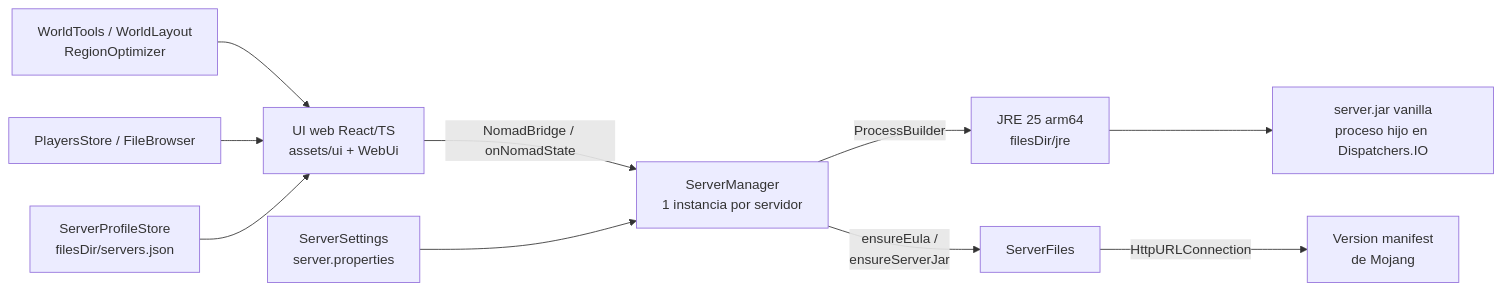
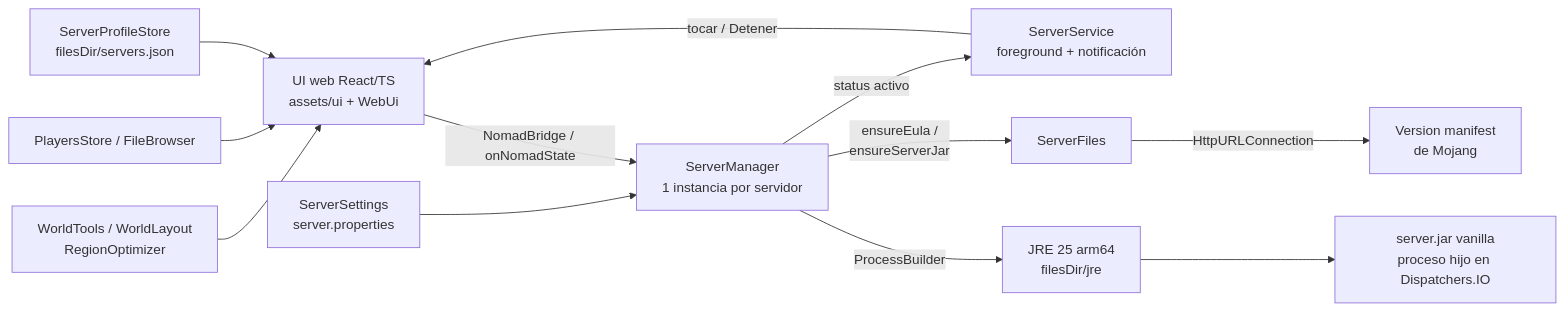
The diagram in README.md (elJulioDev/NomadServer), drawn with Mermaid before and after one commit. The commit also changed other lines of this file and 12 other files, not shown here.

First line of the commit message:
feat: servidor en segundo plano con notificacion (foreground service)

````diff
--- a/README.md
+++ b/README.md
@@ -177,12 +181,14 @@
 ```mermaid
 flowchart LR
     A["UI web React/TS<br/>assets/ui + WebUi"] -->|"NomadBridge / onNomadState"| B["ServerManager<br/>1 instancia por servidor"]
     B -->|"ProcessBuilder"| C["JRE 25 arm64<br/>filesDir/jre"]
     C --> D["server.jar vanilla<br/>proceso hijo en Dispatchers.IO"]
     B -->|"ensureEula /<br/>ensureServerJar"| E["ServerFiles"]
     E -->|"HttpURLConnection"| F["Version manifest<br/>de Mojang"]
     G["ServerSettings<br/>server.properties"] --> B
     H["WorldTools / WorldLayout<br/>RegionOptimizer"] --> A
     I["PlayersStore / FileBrowser"] --> A
     J["ServerProfileStore<br/>filesDir/servers.json"] --> A
+    B -->|"status activo"| S["ServerService<br/>foreground + notificación"]
+    S -->|"tocar / Detener"| A
 ```
````
